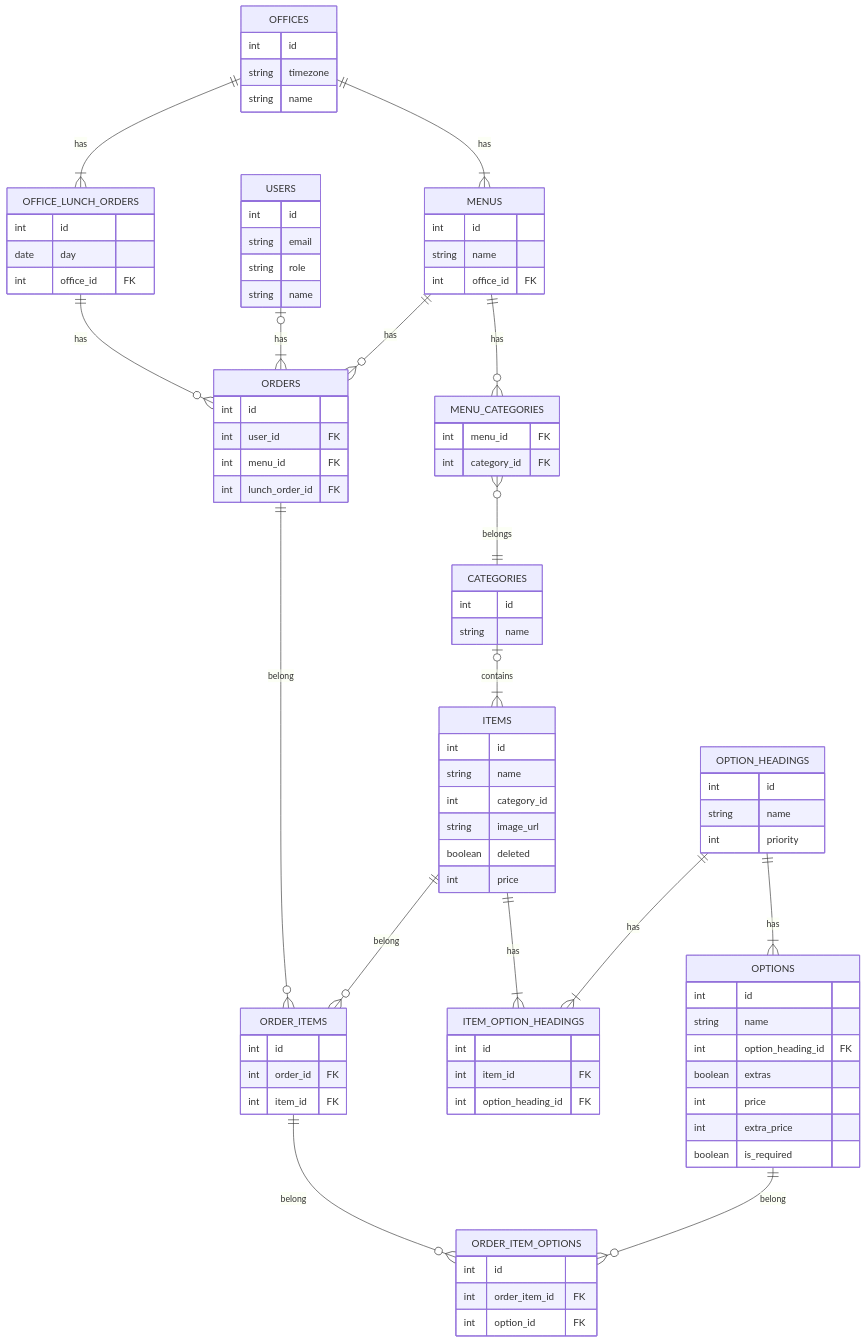
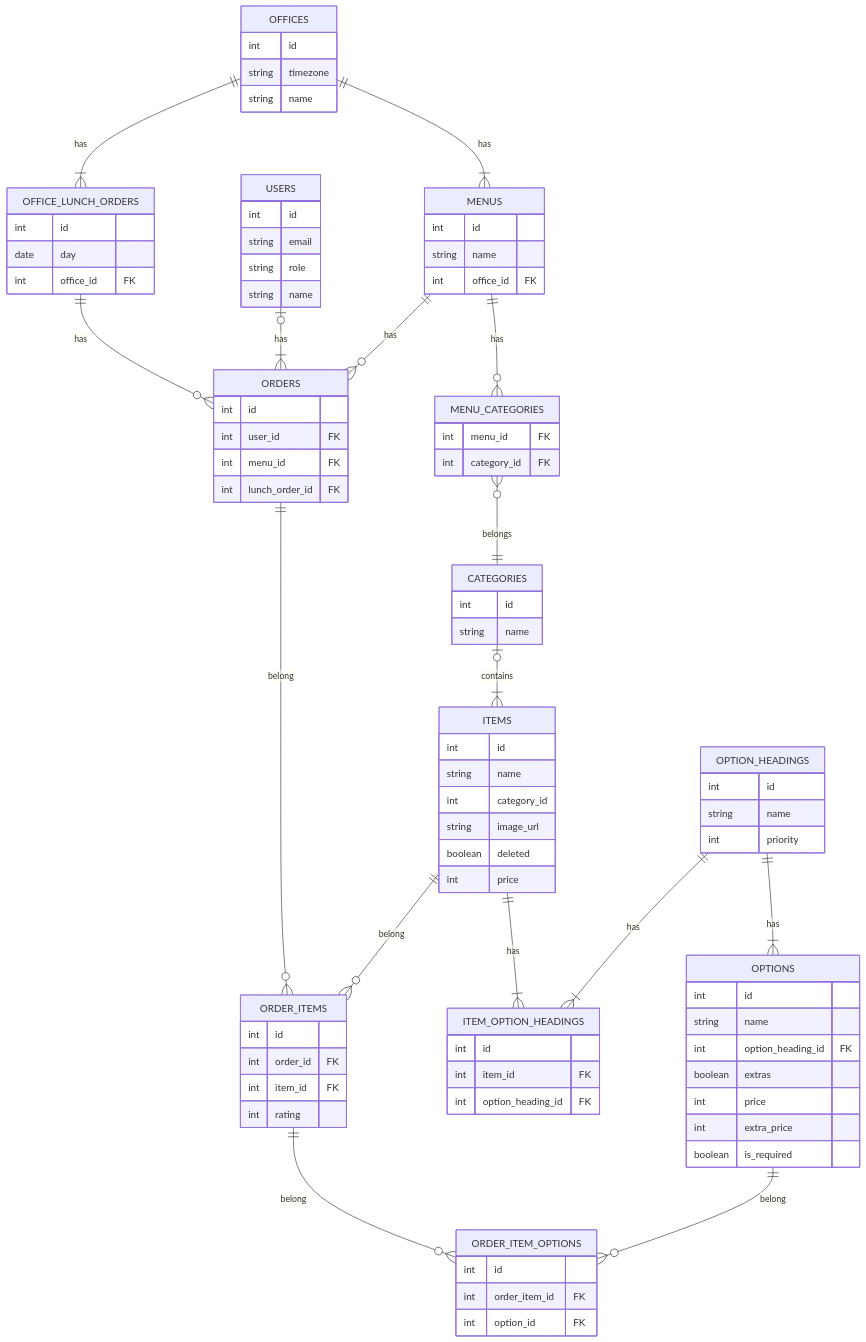
The diagram in README_Lunchbot.md (mojotech/lunchbot), drawn with Mermaid before and after one commit. The commit also changed 5 other files, not shown here.

```diff
--- a/README_Lunchbot.md
+++ b/README_Lunchbot.md
@@ -43,6 +43,7 @@
         int id
         int order_id FK
         int item_id FK
+        int rating
     }
     ITEMS {
       int id
```
